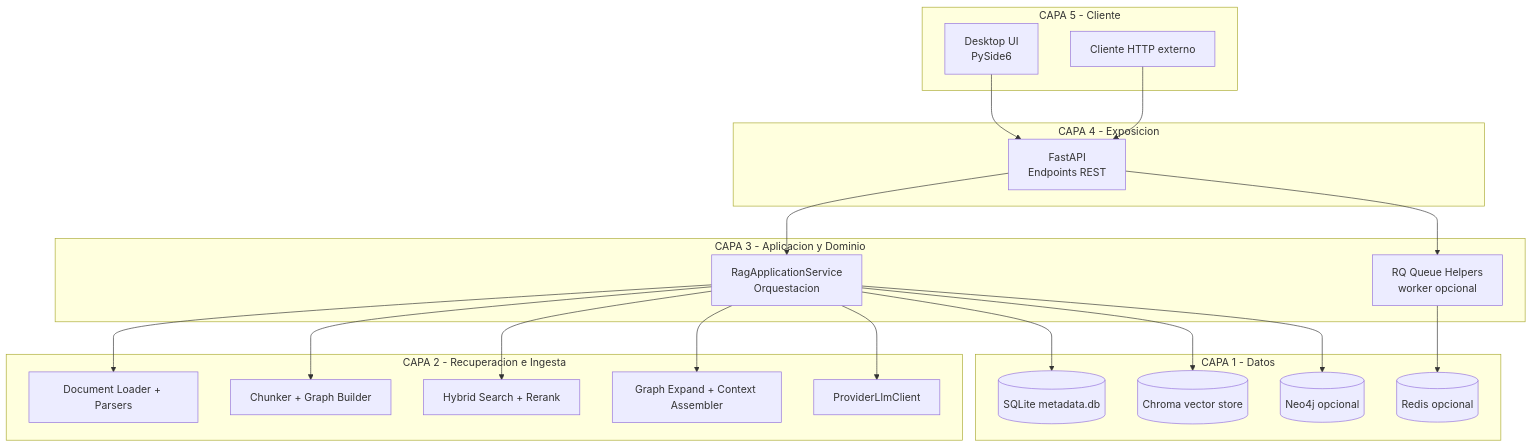
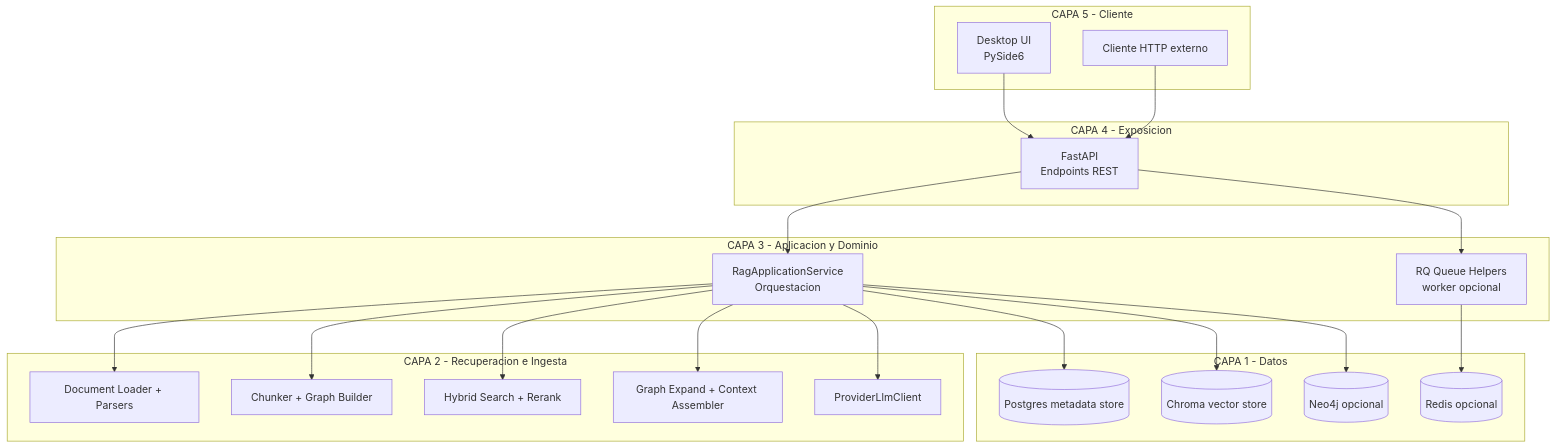
One commit to gherrerz/KDB-RAG-Docs changed the first of 4 diagrams in docs/ARCHITECTURE.md. Above: the diagram before and after it, drawn with Mermaid. The commit also changed other lines of this file and 36 other files, not shown here.

Commit message:
Finalize Postgres-only decommission and remove SQLite remnants

````diff
--- a/docs/ARCHITECTURE.md
+++ b/docs/ARCHITECTURE.md
@@ -179,45 +179,45 @@
 ```mermaid
 flowchart TB
     subgraph L5[CAPA 5 - Cliente]
         UI[Desktop UI\nPySide6]
         APIClient[Cliente HTTP externo]
     end
 
     subgraph L4[CAPA 4 - Exposicion]
         FastAPI[FastAPI\nEndpoints REST]
     end
 
     subgraph L3[CAPA 3 - Aplicacion y Dominio]
         Service[RagApplicationService\nOrquestacion]
         Jobs[RQ Queue Helpers\nworker opcional]
     end
 
     subgraph L2[CAPA 2 - Recuperacion e Ingesta]
         Loader[Document Loader + Parsers]
         Chunker[Chunker + Graph Builder]
         Retrieval[Hybrid Search + Rerank]
         GraphExpand[Graph Expand + Context Assembler]
         LLM[ProviderLlmClient]
     end
 
     subgraph L1[CAPA 1 - Datos]
-        SQLite[(SQLite metadata.db)]
+        Postgres[(Postgres metadata store)]
       Chroma[(Chroma vector store)]
         Neo4j[(Neo4j opcional)]
         Redis[(Redis opcional)]
     end
 
     UI --> FastAPI
     APIClient --> FastAPI
     FastAPI --> Service
     Service --> Loader
     Service --> Chunker
     Service --> Retrieval
     Service --> GraphExpand
     Service --> LLM
-    Service --> SQLite
+    Service --> Postgres
     Service --> Chroma
     Service --> Neo4j
     Jobs --> Redis
     FastAPI --> Jobs
 ```
````
